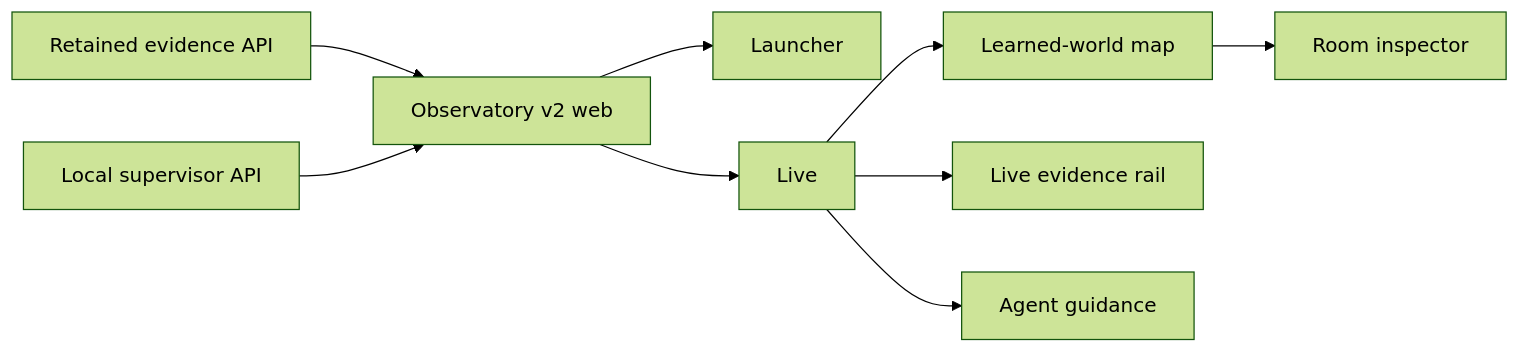
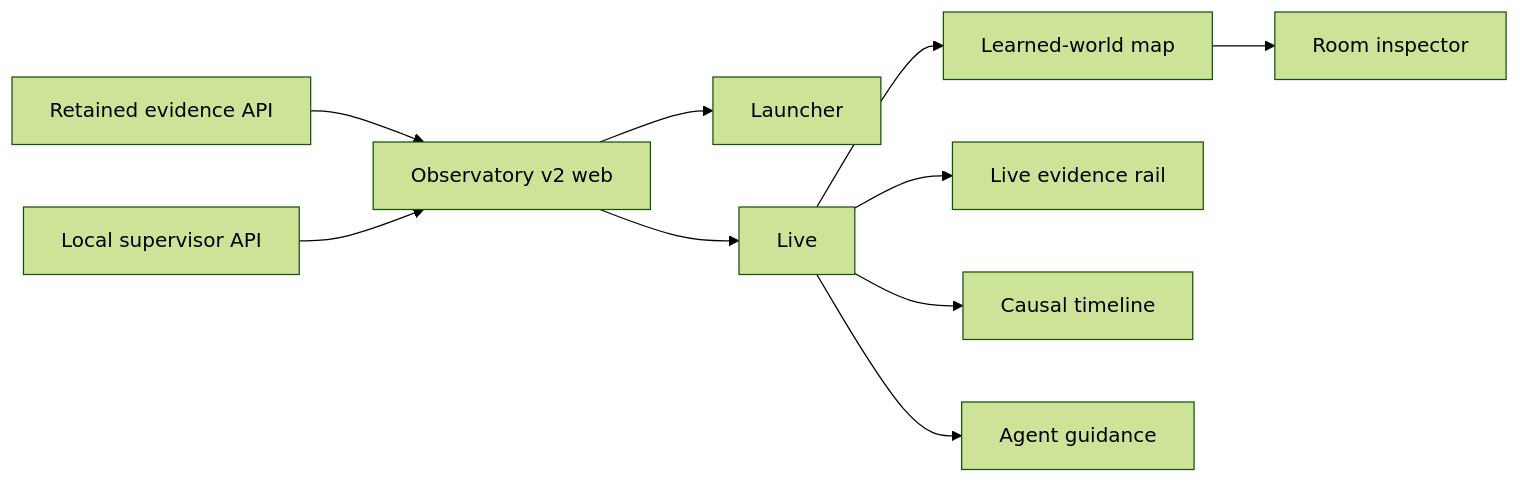
The diagram in week2_capable/observatory_v2/README.md (IbnouT/claude-code-camp-2026-Q2), drawn with Mermaid (forest theme) before and after one commit. The commit also changed other lines of this file and 6 other files, not shown here.

Commit message:
Add the causal timeline transport and landmarks

````diff
--- a/week2_capable/observatory_v2/README.md
+++ b/week2_capable/observatory_v2/README.md
@@ -10,11 +10,12 @@
 ```mermaid
 flowchart LR
     R["Retained evidence API"] --> W["Observatory v2 web"]
     S["Local supervisor API"] --> W
     W --> L["Launcher"]
     W --> V["Live"]
     V --> M["Learned-world map"]
     V --> E["Live evidence rail"]
+    V --> T["Causal timeline"]
     V --> C["Agent guidance"]
     M --> I["Room inspector"]
 ```
````
